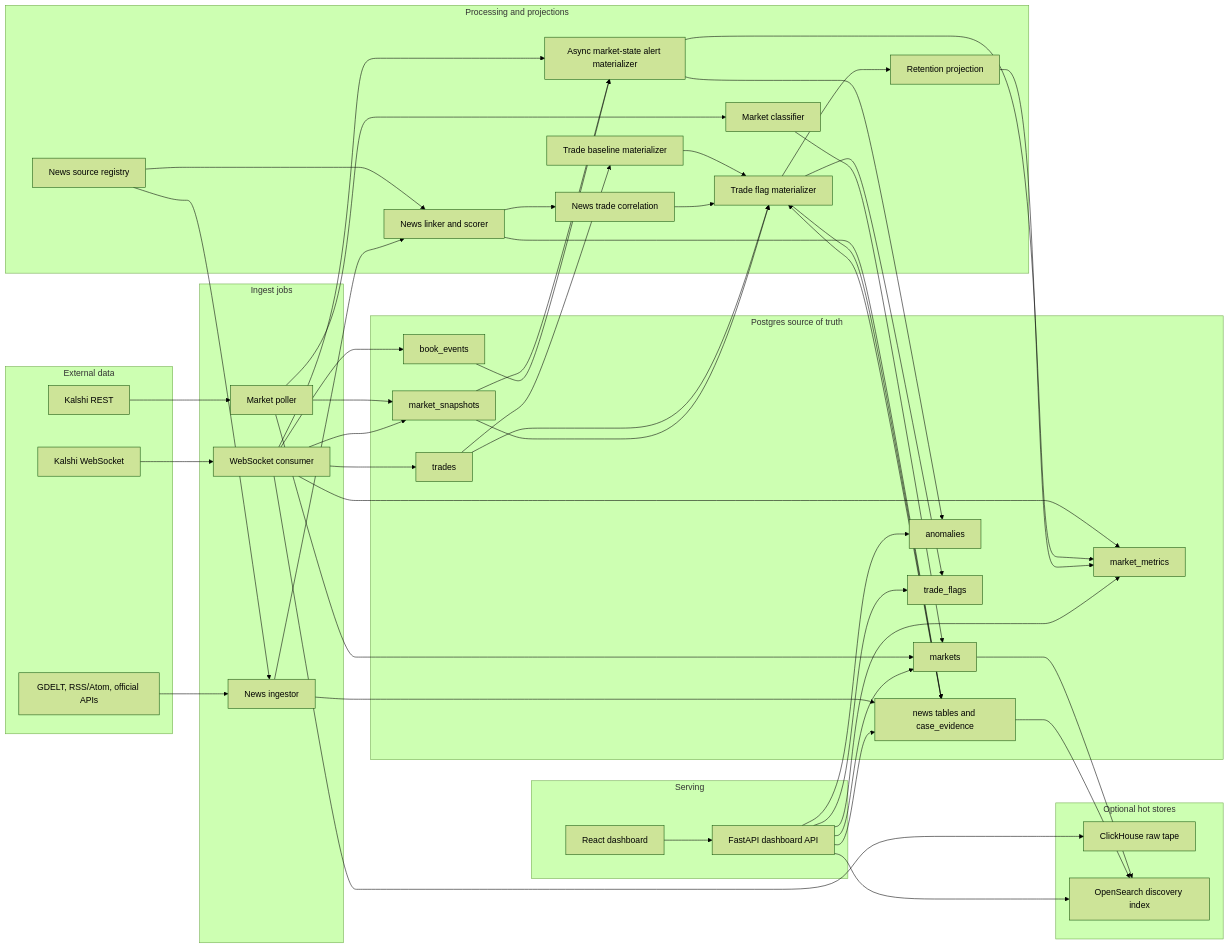
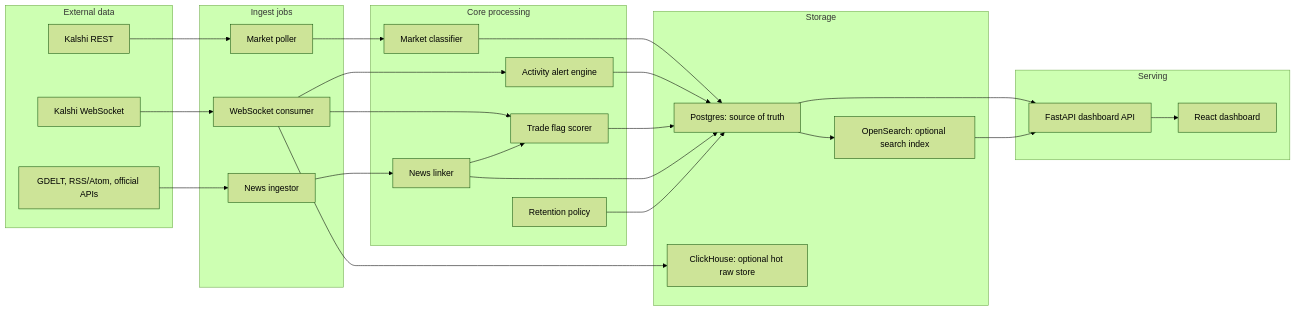
The first of 3 diagrams in README.md (hong-david/predictionmarkets), drawn with Mermaid (forest theme) before and after one commit. The commit also changed other lines of this file and 40 other files, not shown here.

````diff
--- a/README.md
+++ b/README.md
@@ -50,84 +47,44 @@
     NEWSJOB["News ingestor"]
   end
 
-  subgraph Postgres["Postgres source of truth"]
-    MARKETS["markets"]
-    SNAPSHOTS["market_snapshots"]
-    TRADES["trades"]
-    BOOK["book_events"]
-    ANOM["anomalies"]
-    METRICS["market_metrics"]
-    FLAGS["trade_flags"]
-    NEWSDB["news tables and case_evidence"]
+  subgraph Core["Core processing"]
+    CLASSIFIER["Market classifier"]
+    ALERTS["Activity alert engine"]
+    FLAGS["Trade flag scorer"]
+    LINKER["News linker"]
+    RETENTION["Retention policy"]
   end
 
-  subgraph Processing["Processing and projections"]
-    CLASSIFIER["Market classifier"]
-    ALERTMAT["Async market-state alert materializer"]
-    BASELINES["Trade baseline materializer"]
-    FLAGMAT["Trade flag materializer"]
-    NEWSLINK["News linker and scorer"]
-    SOURCES["News source registry"]
-    CORR["News trade correlation"]
-    RETENTION["Retention projection"]
-  end
-
-  subgraph OptionalStores["Optional hot stores"]
-    CH["ClickHouse raw tape"]
-    OS["OpenSearch discovery index"]
+  subgraph Storage["Storage"]
+    PG["Postgres: source of truth"]
+    CH["ClickHouse: optional hot raw store"]
+    OS["OpenSearch: optional search index"]
   end
 
   subgraph Serving["Serving"]
     API["FastAPI dashboard API"]
-    SPA["React dashboard"]
+    UI["React dashboard"]
   end
 
   KREST --> POLLER
   KWS --> WS
   NEWS --> NEWSJOB
-  SOURCES --> NEWSJOB
-  SOURCES --> NEWSLINK
 
-  POLLER --> MARKETS
-  POLLER --> SNAPSHOTS
   POLLER --> CLASSIFIER
-  CLASSIFIER --> MARKETS
+  WS --> ALERTS
+  WS --> FLAGS
+  NEWSJOB --> LINKER
+  LINKER --> FLAGS
 
-  WS --> SNAPSHOTS
-  WS --> TRADES
-  WS --> BOOK
-  WS --> METRICS
+  CLASSIFIER --> PG
+  ALERTS --> PG
+  FLAGS --> PG
+  LINKER --> PG
+  RETENTION --> PG
+
   WS --> CH
-  WS --> ALERTMAT
-
-  NEWSJOB --> NEWSDB
-  NEWSJOB --> NEWSLINK
-  NEWSLINK --> NEWSDB
-  NEWSLINK --> CORR
-
-  SNAPSHOTS --> ALERTMAT
-  BOOK --> ALERTMAT
-  ALERTMAT --> ANOM
-  ALERTMAT --> METRICS
-
-  TRADES --> BASELINES
-  BASELINES --> FLAGMAT
-  TRADES --> FLAGMAT
-  SNAPSHOTS --> FLAGMAT
-  NEWSDB --> FLAGMAT
-  CORR --> FLAGMAT
-  FLAGMAT --> FLAGS
-  FLAGMAT --> NEWSDB
-  FLAGMAT --> RETENTION
-  RETENTION --> METRICS
-
-  MARKETS --> OS
-  NEWSDB --> OS
-  API --> MARKETS
-  API --> METRICS
-  API --> ANOM
-  API --> FLAGS
-  API --> NEWSDB
-  API --> OS
-  SPA --> API
+  PG --> OS
+  PG --> API
+  OS --> API
+  API --> UI
 ```
````
